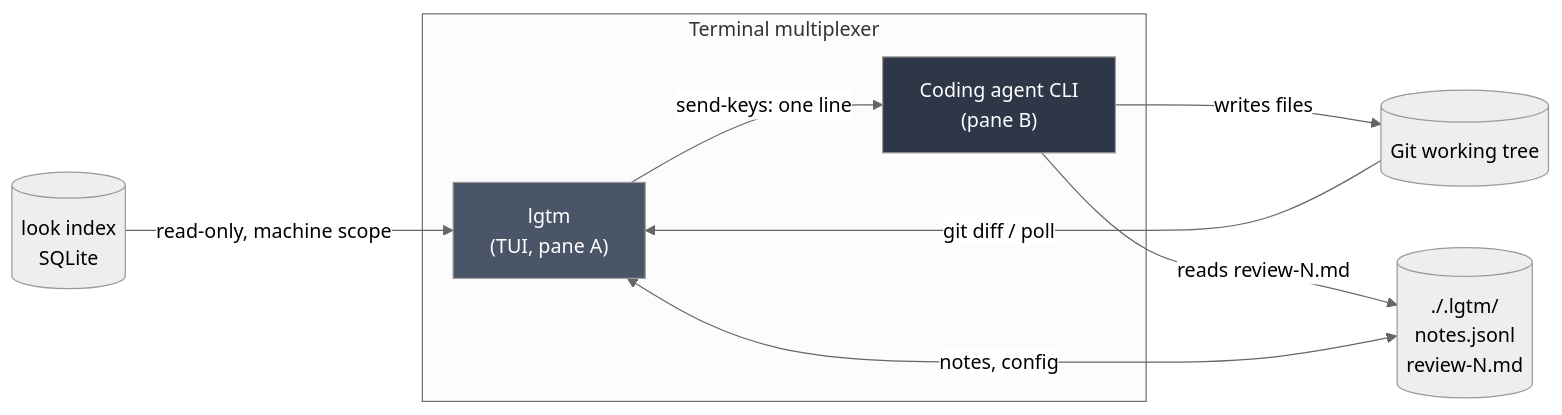
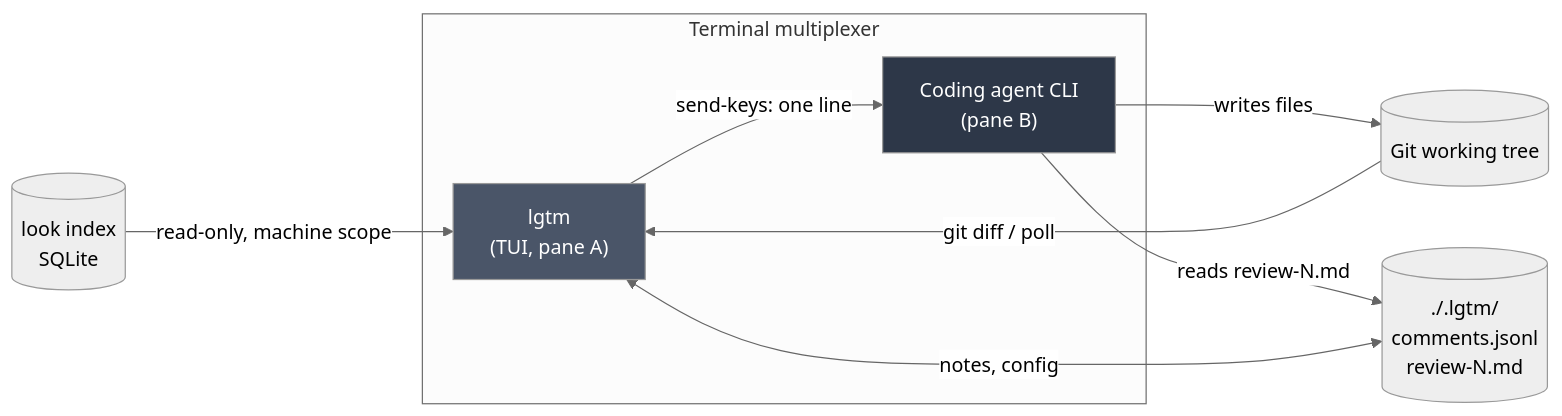
The first of 4 diagrams in docs/ARCHITECTURE.md (kunkka19xx/lgtm), drawn with Mermaid (neutral theme) before and after one commit. The commit also changed other lines of this file and 13 other files, not shown here.

````diff
--- a/docs/ARCHITECTURE.md
+++ b/docs/ARCHITECTURE.md
@@ -13,21 +13,21 @@
 ```mermaid
 graph LR
     subgraph term["Terminal multiplexer"]
         lgtm["lgtm<br/>(TUI, pane A)"]
         agent["Coding agent CLI<br/>(pane B)"]
     end
 
     repo[("Git working tree")]
     look[("look index<br/>SQLite")]
-    dotlgtm[("./.lgtm/<br/>notes.jsonl<br/>review-N.md")]
+    dotlgtm[("./.lgtm/<br/>comments.jsonl<br/>review-N.md")]
 
     repo -->|"git diff / poll"| lgtm
     look -->|"read-only, machine scope"| lgtm
     dotlgtm <-->|"notes, config"| lgtm
     lgtm -->|"send-keys: one line"| agent
     agent -->|"writes files"| repo
     agent -->|"reads review-N.md"| dotlgtm
 
     style lgtm fill:#4a5568,color:#fff
     style agent fill:#2d3748,color:#fff
 ```
````
